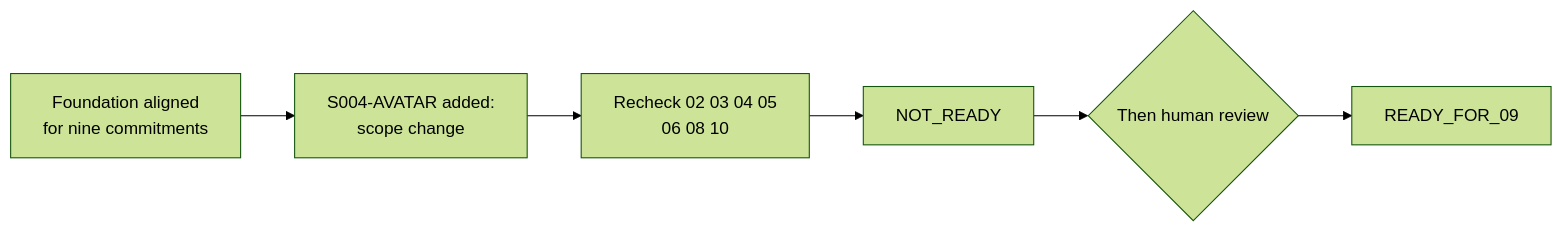
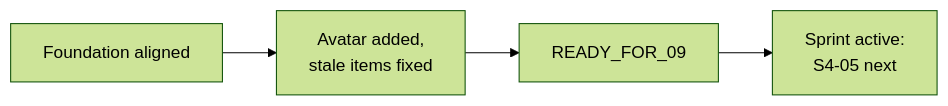
One commit to Elustondo-ai/alice.good.meetings changed the diagram in docs/asdg/07-planning/03.16-sprint-004-alignment-report.md. Above: the diagram before and after it, drawn with Mermaid (forest theme). The commit also changed other lines of this file and 75 other files, not shown here.

First line of the commit message:
SPRINT-004 work in progress: upload, meeting log, new screen, avatar

````diff
--- a/docs/asdg/07-planning/03.16-sprint-004-alignment-report.md
+++ b/docs/asdg/07-planning/03.16-sprint-004-alignment-report.md
@@ -5,8 +5,6 @@
 ```mermaid
 flowchart LR
-    F["Foundation aligned<br/>for nine commitments"] --> A["S004-AVATAR added:<br/>scope change"]
-    A --> C["Recheck 02 03 04 05<br/>06 08 10"]
-    C --> N["NOT_READY"]
-    N --> Q{"Then human review"}
-    Q --> R["READY_FOR_09"]
+    F["Foundation aligned"] --> A["Avatar added,<br/>stale items fixed"]
+    A --> R["READY_FOR_09"]
+    R --> S["Sprint active:<br/>S4-05 next"]
 ```
````
